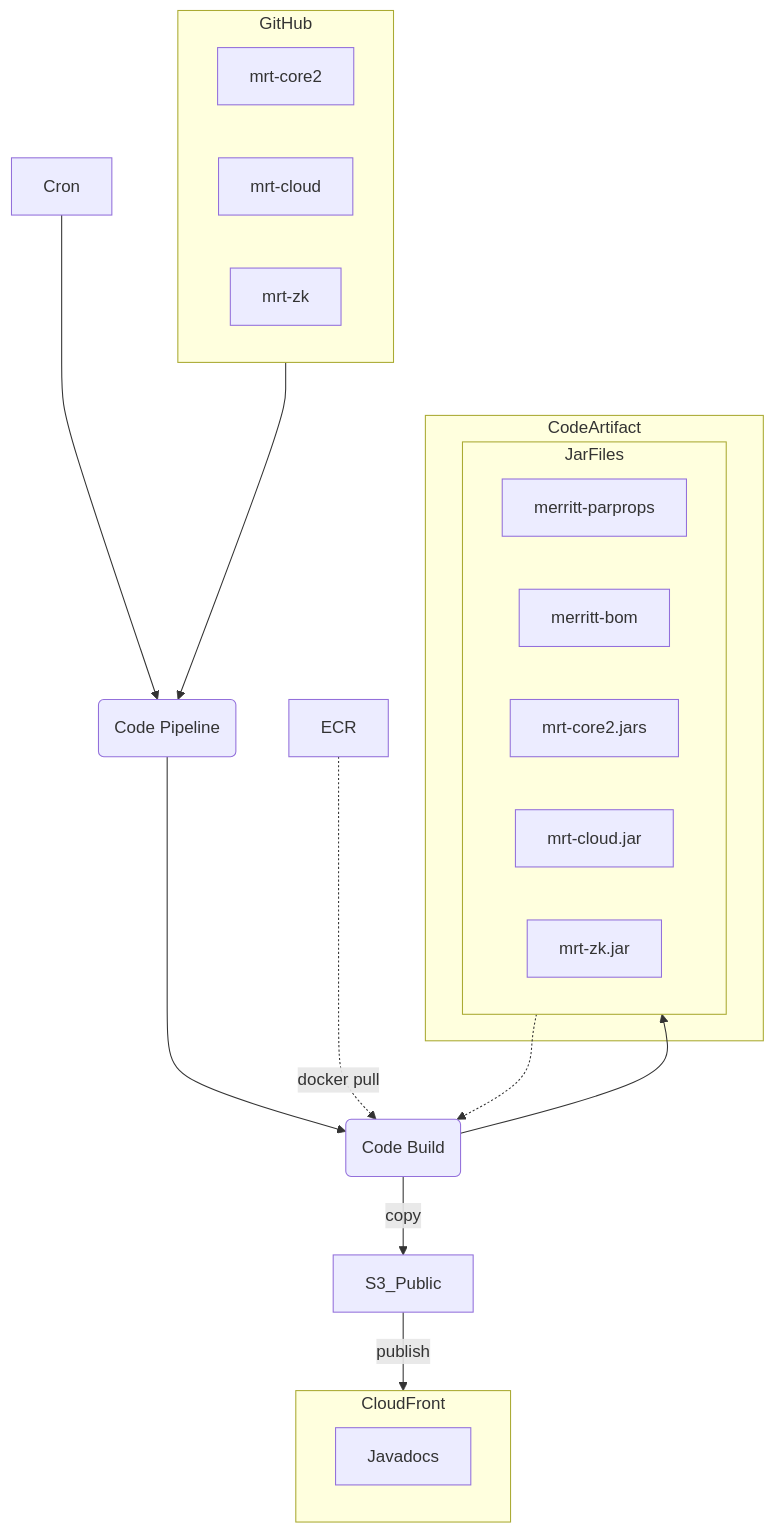
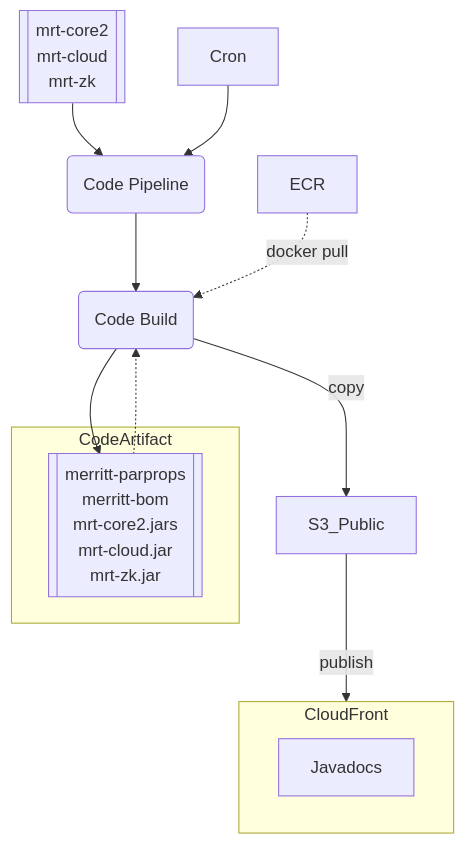
The second of 13 diagrams in design/aws-build/README.md (CDLUC3/mrt-doc), drawn with Mermaid before and after one commit. The commit also changed other lines of this file, not shown here.

````diff
--- a/design/aws-build/README.md
+++ b/design/aws-build/README.md
@@ -60,32 +60,32 @@
 ```mermaid
 graph TD
-  subgraph GitHub
+  GitHub[["`
     mrt-core2
     mrt-cloud
     mrt-zk
-  end
+  `"]]
   GitHub --> Pipeline
   Cron --> Pipeline
   Pipeline(Code Pipeline)
   Pipeline --> Build
   Build(Code Build)
   S3_Public
   Build --> JarFiles
   Build --> |copy| S3_Public
   S3_Public --> |publish| CloudFront
   ECR
   ECR -.-> |docker pull| Build
   subgraph CodeArtifact
-    subgraph JarFiles
+    JarFiles[["`
       merritt-parprops
       merritt-bom
       mrt-core2.jars
       mrt-cloud.jar
       mrt-zk.jar
-    end
+    `"]]
   end
   JarFiles -.-> Build
   subgraph CloudFront
     Javadocs
   end
 ```
````
